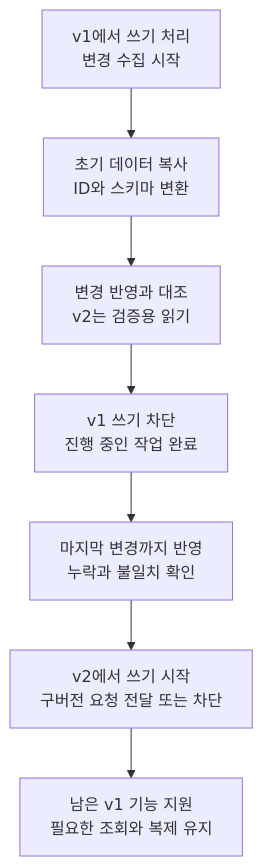
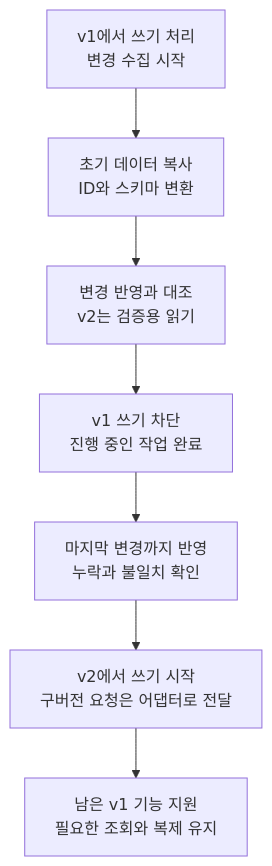
The fourth of 4 diagrams in src/content/blog/strangler-fig-redesign.md (oownahcohc/oownahcohc.github.io), drawn with Mermaid before and after one commit. The commit also changed other lines of this file, not shown here.

Commit message:
Strangler Fig 글을 점진 전환 설계 과정으로 재구성한다

````diff
--- a/src/content/blog/strangler-fig-redesign.md
+++ b/src/content/blog/strangler-fig-redesign.md
@@ -279,9 +260,9 @@
 ```mermaid
 flowchart TB
     A["v1에서 쓰기 처리<br/>변경 수집 시작"] --> B["초기 데이터 복사<br/>ID와 스키마 변환"]
     B --> C["변경 반영과 대조<br/>v2는 검증용 읽기"]
     C --> D["v1 쓰기 차단<br/>진행 중인 작업 완료"]
     D --> E["마지막 변경까지 반영<br/>누락과 불일치 확인"]
-    E --> F["v2에서 쓰기 시작<br/>구버전 요청 전달 또는 차단"]
+    E --> F["v2에서 쓰기 시작<br/>구버전 요청은 어댑터로 전달"]
     F --> G["남은 v1 기능 지원<br/>필요한 조회와 복제 유지"]
 ```
````
